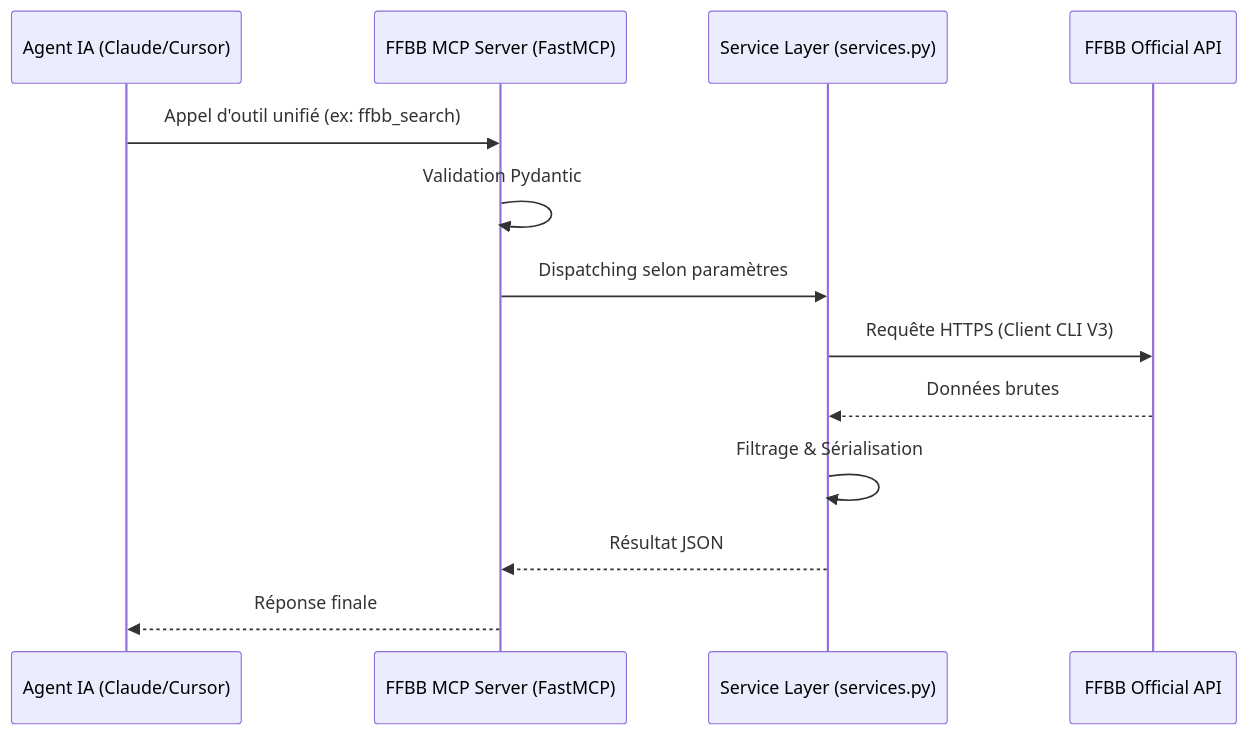
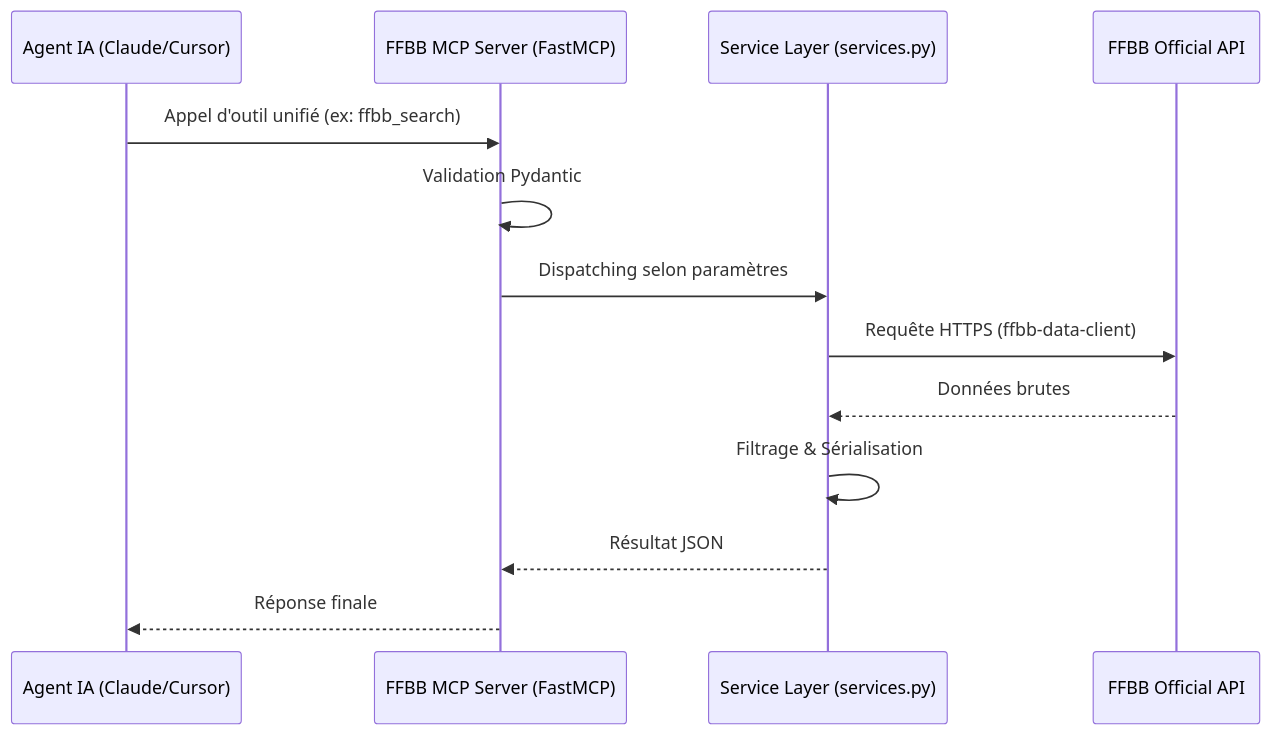
One commit to nickdesi/FFBB-MCP-Server changed the diagram in website-docs/reference/architecture.md. Above: the diagram before and after it, drawn with Mermaid. The commit also changed other lines of this file and 11 other files, not shown here.

````diff
--- a/website-docs/reference/architecture.md
+++ b/website-docs/reference/architecture.md
@@ -36,16 +43,16 @@
 ```mermaid
 sequenceDiagram
     participant LLM as Agent IA (Claude/Cursor)
     participant MCP as FFBB MCP Server (FastMCP)
     participant Service as Service Layer (services.py)
     participant API as FFBB Official API
 
     LLM->>MCP: Appel d'outil unifié (ex: ffbb_search)
     MCP->>MCP: Validation Pydantic
     MCP->>Service: Dispatching selon paramètres
-    Service->>API: Requête HTTPS (Client CLI V3)
+    Service->>API: Requête HTTPS (ffbb-data-client)
     API-->>Service: Données brutes
     Service->>Service: Filtrage & Sérialisation
     Service-->>MCP: Résultat JSON
     MCP-->>LLM: Réponse finale
 ```
````
